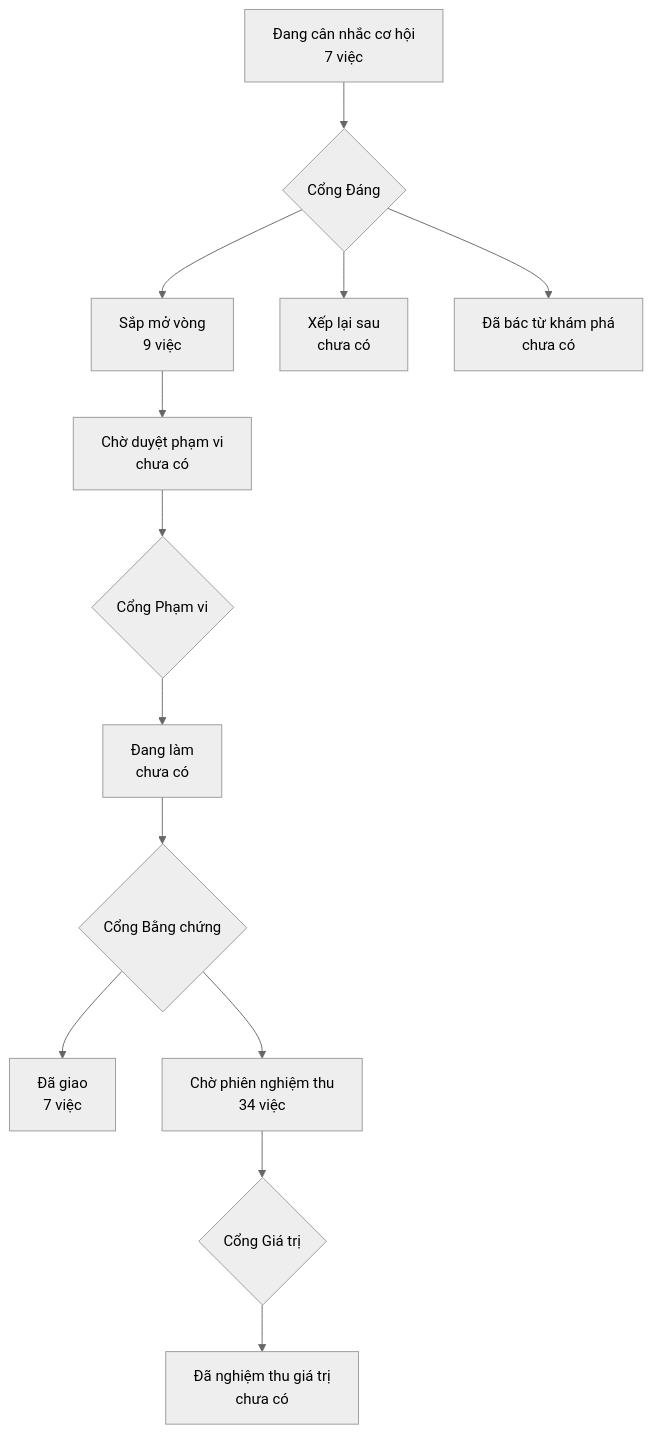
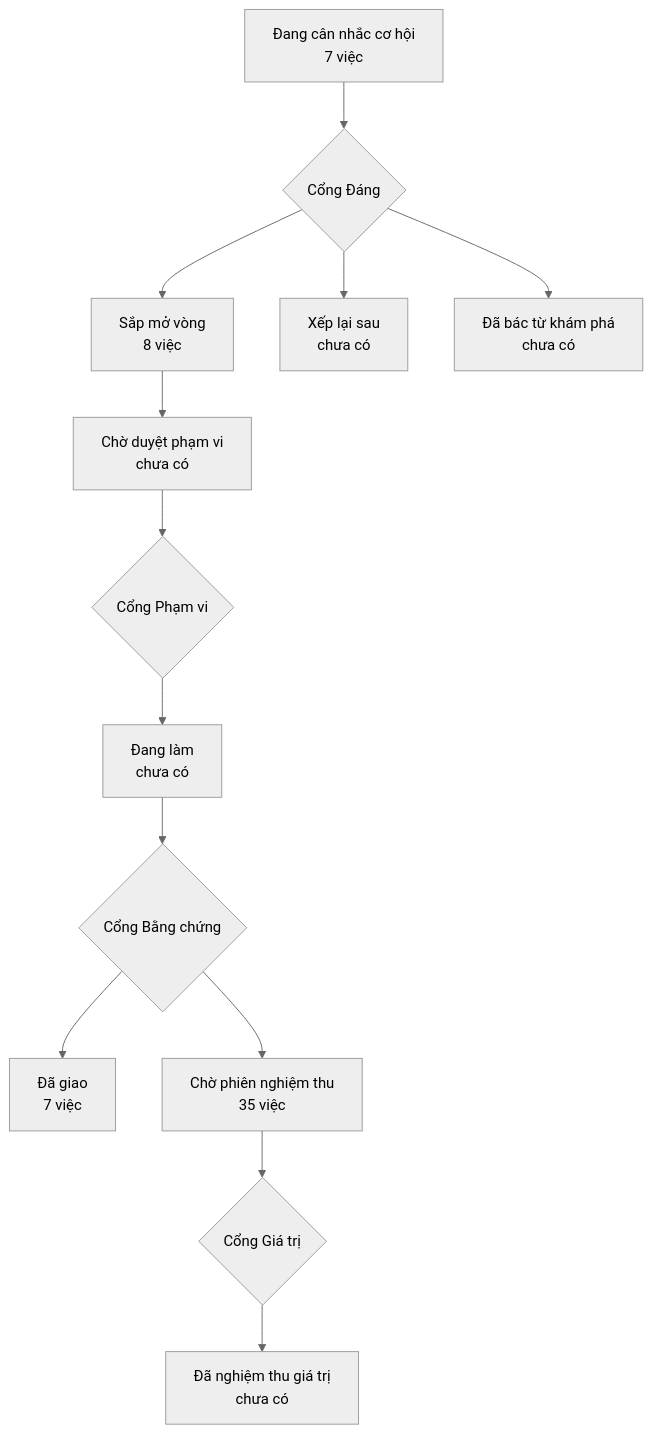
Before and after one commit to phanlemanh/onehub-quy-hang: the diagram in PRODUCT-MAP.md, drawn with Mermaid (neutral theme). The commit also changed 1 other file, not shown here.

Commit message:
chore: vẽ lại bản đồ và trang lộ trình sau gộp main

````diff
--- a/PRODUCT-MAP.md
+++ b/PRODUCT-MAP.md
@@ -7,12 +7,12 @@
 ```mermaid
 flowchart TD
   A["Đang cân nhắc cơ hội<br/>7 việc"] --> GD{"Cổng Đáng"}
-  GD --> B["Sắp mở vòng<br/>9 việc"]
+  GD --> B["Sắp mở vòng<br/>8 việc"]
   GD --> XL["Xếp lại sau<br/>chưa có"]
   GD --> DB["Đã bác từ khám phá<br/>chưa có"]
   B --> CD["Chờ duyệt phạm vi<br/>chưa có"] --> GP{"Cổng Phạm vi"}
   GP --> DL["Đang làm<br/>chưa có"] --> GB{"Cổng Bằng chứng"}
   GB --> DG["Đã giao<br/>7 việc"]
-  GB --> CN["Chờ phiên nghiệm thu<br/>34 việc"] --> GG{"Cổng Giá trị"}
+  GB --> CN["Chờ phiên nghiệm thu<br/>35 việc"] --> GG{"Cổng Giá trị"}
   GG --> NT["Đã nghiệm thu giá trị<br/>chưa có"]
 ```
````
